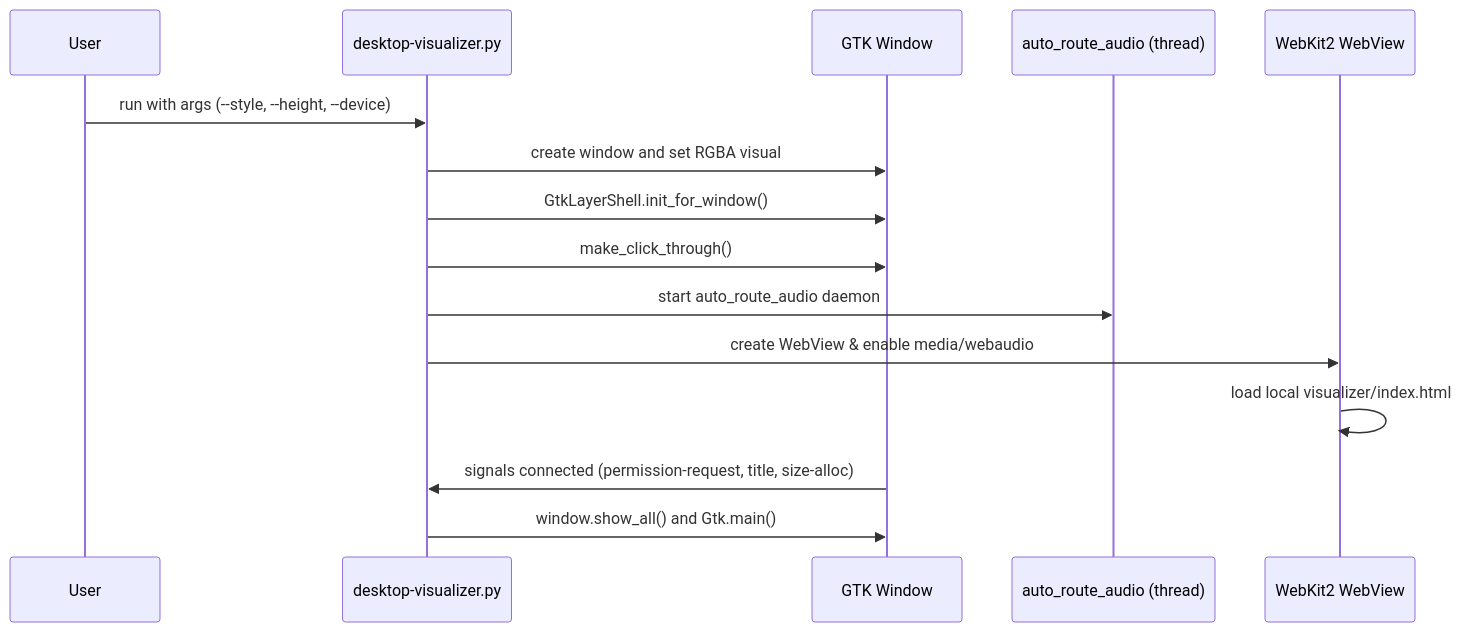
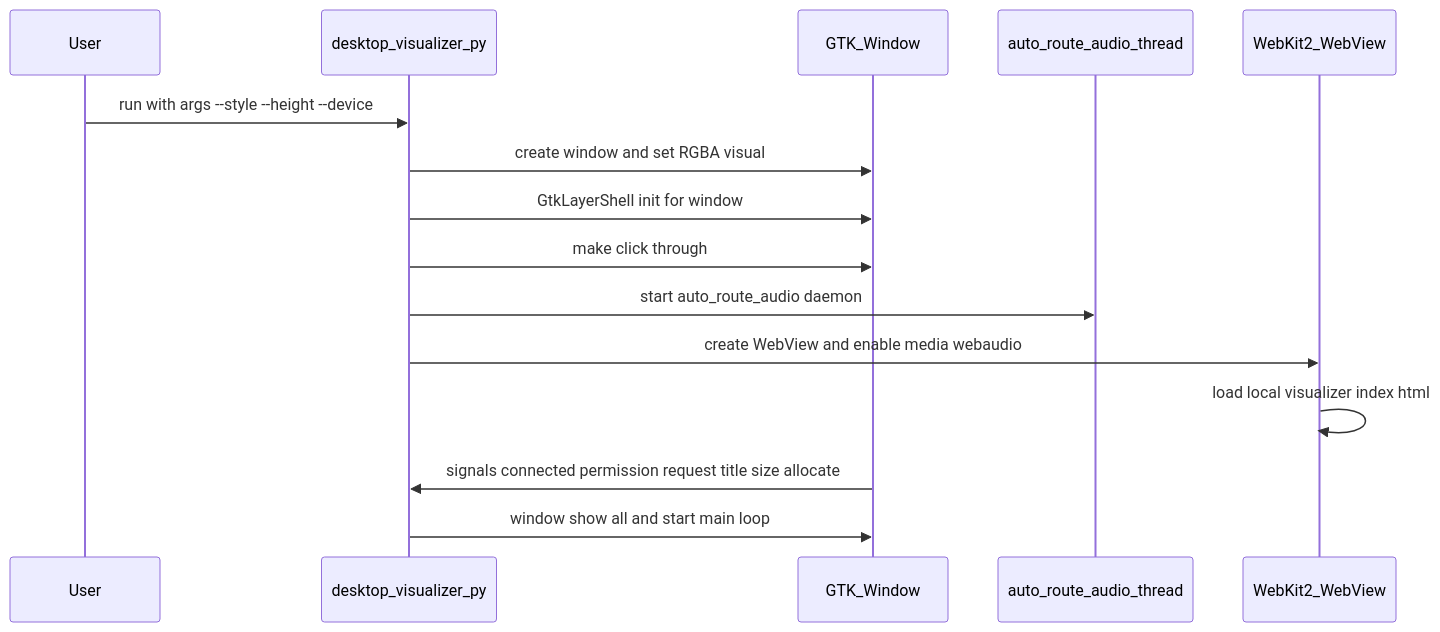
The second of 5 diagrams in docs/architecture.md (mgantlett/nix-audio-visualizer), drawn with Mermaid before and after one commit. The commit also changed other lines of this file, not shown here.

Commit message:
Fix Mermaid labels to remove punctuation that breaks GitHub renderer

````diff
--- a/docs/architecture.md
+++ b/docs/architecture.md
@@ -27,18 +27,18 @@
 ```mermaid
 sequenceDiagram
   participant User
-  participant CLI as desktop-visualizer.py
-  participant GTK as GTK Window
-  participant Thread as auto_route_audio (thread)
-  participant WebView as WebKit2 WebView
+  participant CLI as desktop_visualizer_py
+  participant GTK as GTK_Window
+  participant Thread as auto_route_audio_thread
+  participant WebView as WebKit2_WebView
 
-  User->>CLI: run with args (--style, --height, --device)
+  User->>CLI: run with args --style --height --device
   CLI->>GTK: create window and set RGBA visual
-  CLI->>GTK: GtkLayerShell.init_for_window()
-  CLI->>GTK: make_click_through()
+  CLI->>GTK: GtkLayerShell init for window
+  CLI->>GTK: make click through
   CLI->>Thread: start auto_route_audio daemon
-  CLI->>WebView: create WebView & enable media/webaudio
-  WebView->>WebView: load local visualizer/index.html
-  GTK->>CLI: signals connected (permission-request, title, size-alloc)
-  CLI->>GTK: window.show_all() and Gtk.main()
+  CLI->>WebView: create WebView and enable media webaudio
+  WebView->>WebView: load local visualizer index html
+  GTK->>CLI: signals connected permission request title size allocate
+  CLI->>GTK: window show all and start main loop
 ```
````
